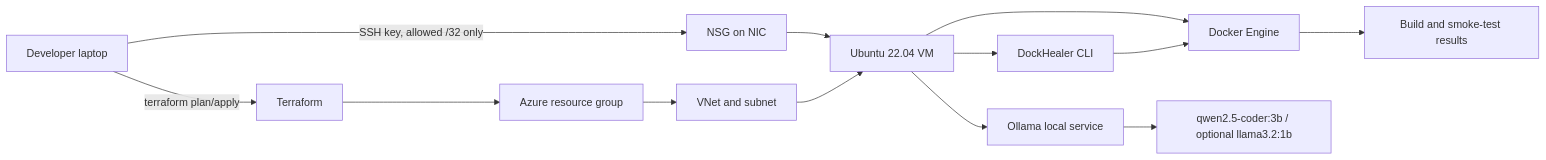
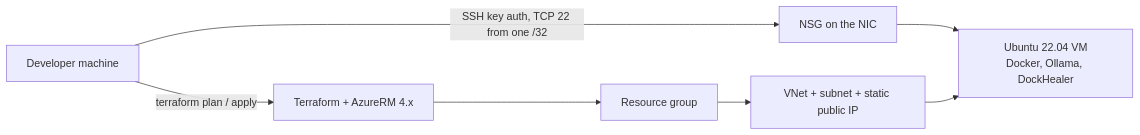
The second of 2 diagrams in README.md (Ayush-Bansal08/Dockhealer), drawn with Mermaid before and after one commit. The commit also changed other lines of this file, not shown here.

````diff
--- a/README.md
+++ b/README.md
@@ -247,15 +271,9 @@
 ```mermaid
 flowchart LR
-    Dev[Developer laptop] -->|terraform plan/apply| TF[Terraform]
-    TF --> RG[Azure resource group]
-    Dev -->|SSH key, allowed /32 only| NSG[NSG on NIC]
-    RG --> VNet[VNet and subnet]
-    NSG --> VM[Ubuntu 22.04 VM]
-    VNet --> VM
-    VM --> D[Docker Engine]
-    VM --> DH[DockHealer CLI]
-    VM --> O[Ollama local service]
-    O --> M[qwen2.5-coder:3b / optional llama3.2:1b]
-    DH --> D
-    D --> R[Build and smoke-test results]
+    Dev["Developer machine"] -- "terraform plan / apply" --> TF["Terraform + AzureRM 4.x"]
+    TF --> RG["Resource group"]
+    Dev -- "SSH key auth, TCP 22 from one /32" --> NSG["NSG on the NIC"]
+    RG --> NET["VNet + subnet + static public IP"]
+    NSG --> VM["Ubuntu 22.04 VM<br/>Docker, Ollama, DockHealer"]
+    NET --> VM
 ```
````
